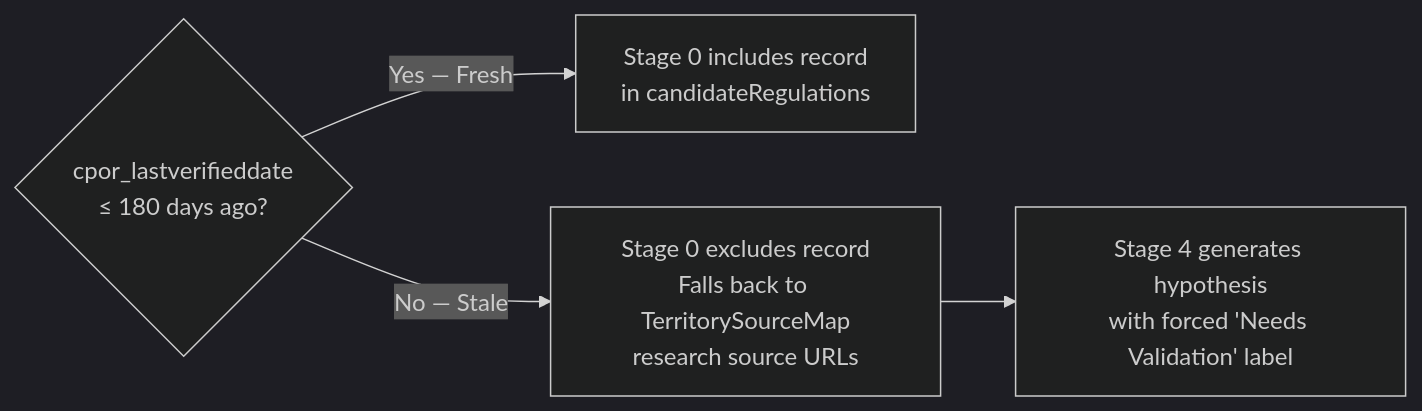
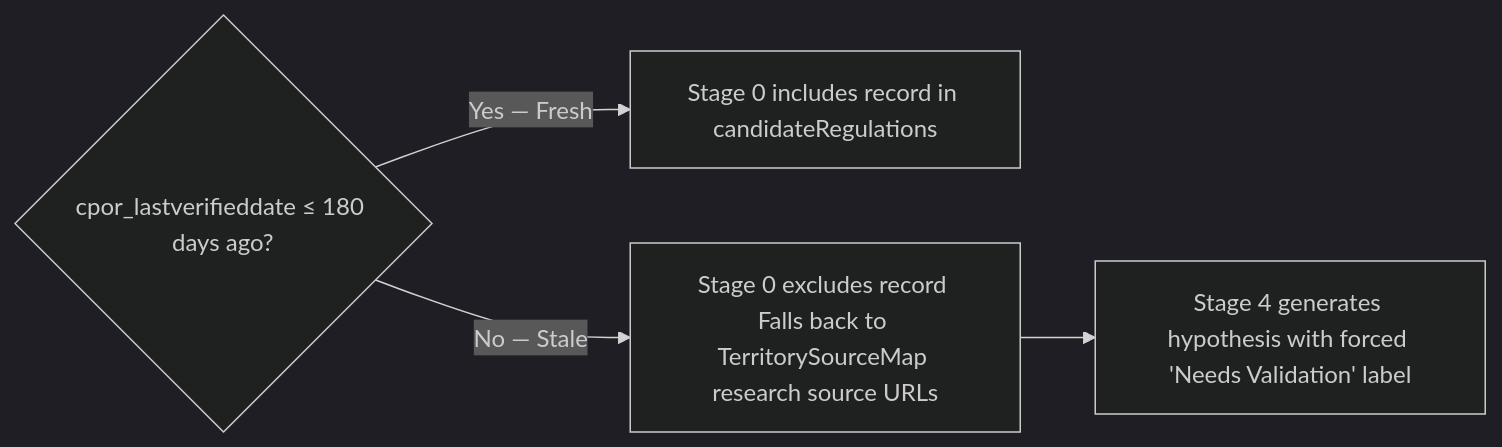
The third of 23 diagrams in README.md (enewbold-devops/CPOR-Industry-Engagement), drawn with Mermaid (dark theme) before and after one commit. The commit also changed other lines of this file, not shown here.

````diff
--- a/README.md
+++ b/README.md
@@ -181,6 +181,6 @@
 ```mermaid
 flowchart LR
-    A{cpor_lastverifieddate\n≤ 180 days ago?} -->|Yes — Fresh| B[Stage 0 includes record\nin candidateRegulations]
-    A -->|No — Stale| C[Stage 0 excludes record\nFalls back to TerritorySourceMap\nresearch source URLs]
-    C --> D[Stage 4 generates hypothesis\nwith forced 'Needs Validation' label]
+    A{cpor_lastverifieddate ≤ 180 days ago?} -->|Yes — Fresh| B[Stage 0 includes record in candidateRegulations]
+    A -->|No — Stale| C[Stage 0 excludes record Falls back to TerritorySourceMap research source URLs]
+    C --> D[Stage 4 generates hypothesis with forced 'Needs Validation' label]
 ```
````
